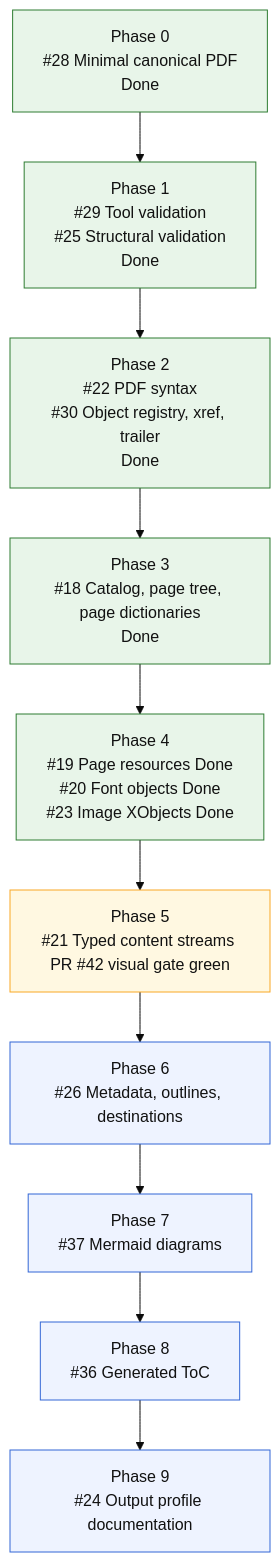
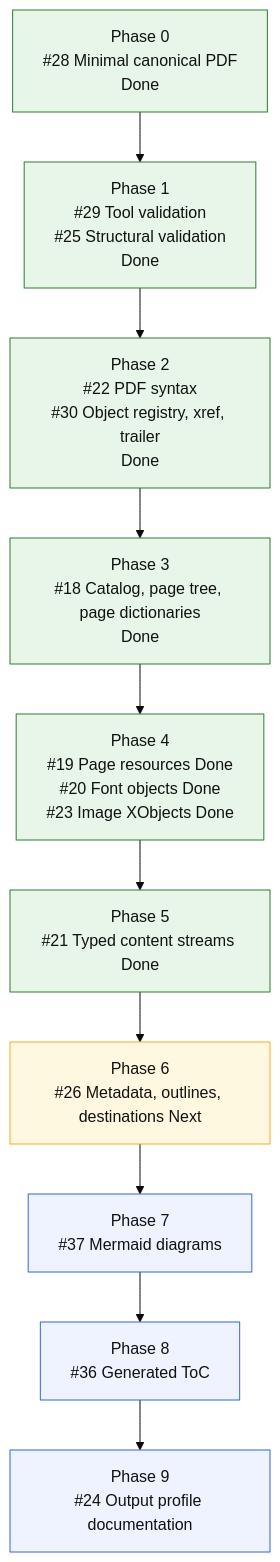
Before and after one commit to mihaelamj/MarkdownPDF: the diagram in README.md, drawn with Mermaid (base theme).

Commit message:
docs(readme): mark content streams done

````diff
--- a/README.md
+++ b/README.md
@@ -126,22 +126,22 @@
 ```mermaid
 flowchart TD
     P0["Phase 0<br/>#28 Minimal canonical PDF<br/>Done"]
     P1["Phase 1<br/>#29 Tool validation<br/>#25 Structural validation<br/>Done"]
     P2["Phase 2<br/>#22 PDF syntax<br/>#30 Object registry, xref, trailer<br/>Done"]
     P3["Phase 3<br/>#18 Catalog, page tree, page dictionaries<br/>Done"]
     P4["Phase 4<br/>#19 Page resources Done<br/>#20 Font objects Done<br/>#23 Image XObjects Done"]
-    P5["Phase 5<br/>#21 Typed content streams PR #42 visual gate green"]
-    P6["Phase 6<br/>#26 Metadata, outlines, destinations"]
+    P5["Phase 5<br/>#21 Typed content streams Done"]
+    P6["Phase 6<br/>#26 Metadata, outlines, destinations Next"]
     P7["Phase 7<br/>#37 Mermaid diagrams"]
     P8["Phase 8<br/>#36 Generated ToC"]
     P9["Phase 9<br/>#24 Output profile documentation"]
 
     P0 --> P1 --> P2 --> P3 --> P4 --> P5 --> P6 --> P7 --> P8 --> P9
 
     classDef done fill:#e8f5e9,stroke:#2e7d32,color:#111;
     classDef next fill:#fff8e1,stroke:#f9a825,color:#111;
     classDef todo fill:#eef3ff,stroke:#3367d6,color:#111;
-    class P0,P1,P2,P3,P4 done;
-    class P5 next;
-    class P6,P7,P8,P9 todo;
+    class P0,P1,P2,P3,P4,P5 done;
+    class P6 next;
+    class P7,P8,P9 todo;
 ```
````
